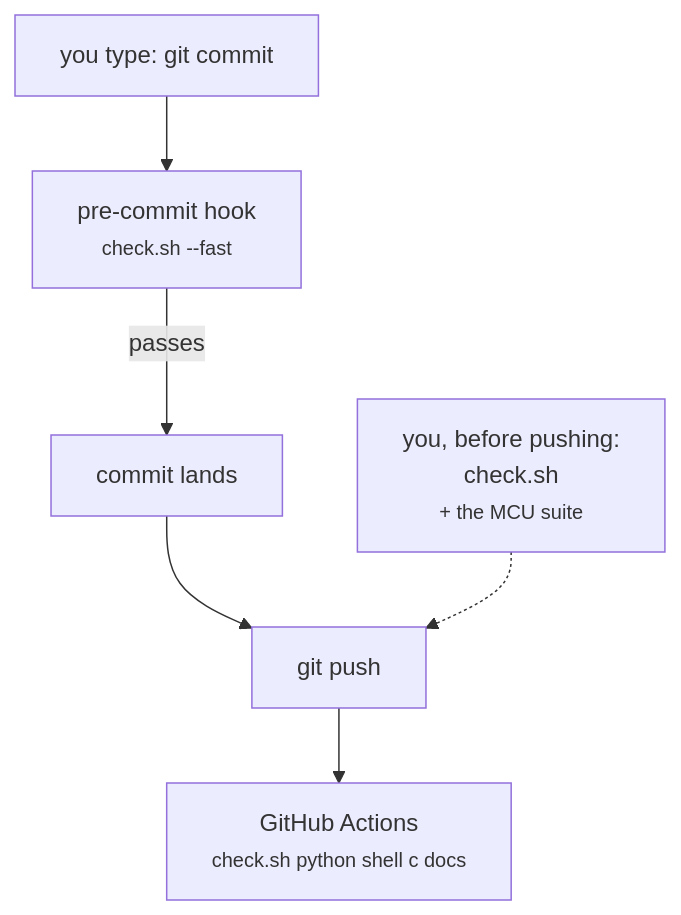
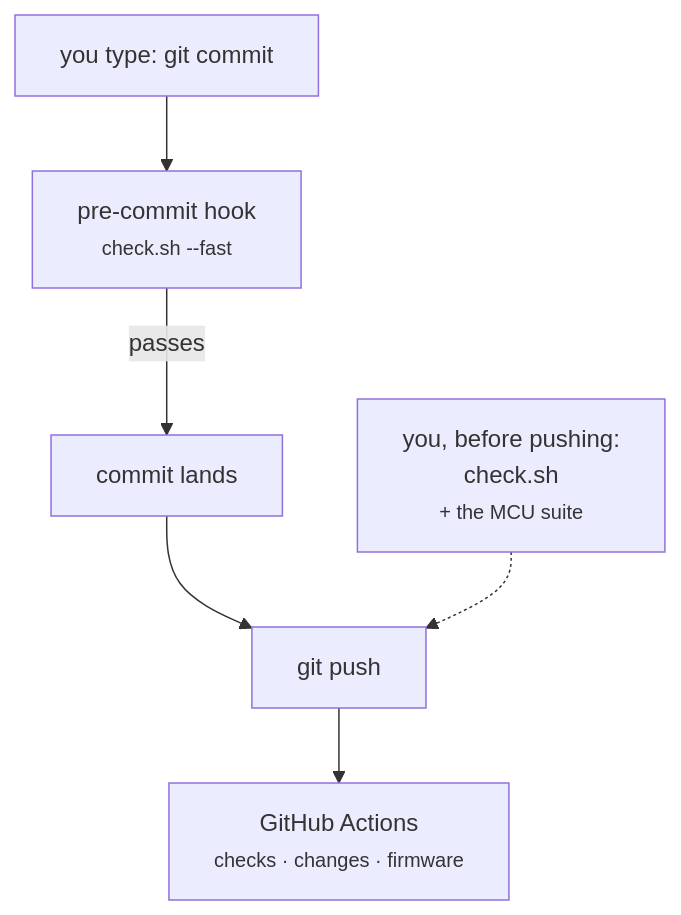
Before and after one commit to jim-wyatt/unoq-cpu-bars: the second of 2 diagrams in docs/learn/knowing-it-works.md, drawn with Mermaid. The commit also changed other lines of this file, not shown here.

````diff
--- a/docs/learn/knowing-it-works.md
+++ b/docs/learn/knowing-it-works.md
@@ -211,8 +212,8 @@
 ```mermaid
 flowchart TD
   A["you type: git commit"] --> B["pre-commit hook<br/><small>check.sh --fast</small>"]
   B -->|passes| C["commit lands"]
   C --> D["git push"]
-  D --> E["GitHub Actions<br/><small>check.sh python shell c docs</small>"]
+  D --> E["GitHub Actions<br/><small>checks · changes · firmware</small>"]
   F["you, before pushing:<br/>check.sh<br/><small>+ the MCU suite</small>"] -.-> D
 ```
````
